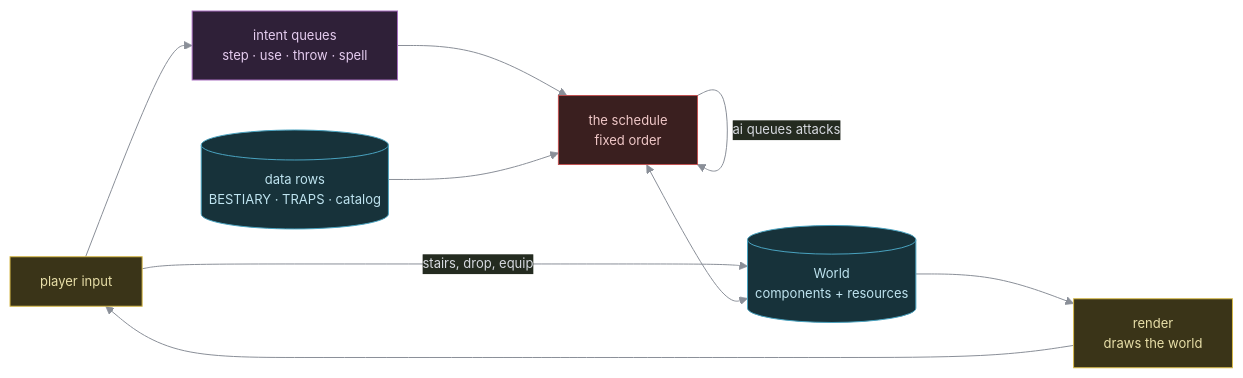
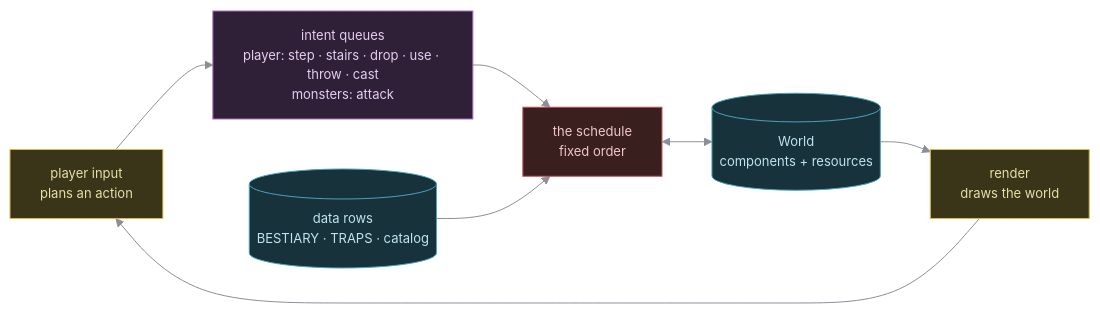
The first of 4 diagrams in scs.md (bae-alves/nihilurk), drawn with Mermaid before and after one commit. The commit also changed other lines of this file and 76 other files, not shown here.

````diff
--- a/scs.md
+++ b/scs.md
@@ -26,20 +26,18 @@
 ```mermaid
 %%{init: {'theme':'base','themeVariables':{
   'primaryColor':'#20242b','primaryTextColor':'#d7dae0',
   'primaryBorderColor':'#5c6370','lineColor':'#8a8f98',
   'fontFamily':'ui-monospace, SFMono-Regular, Menlo, monospace',
   'fontSize':'13px'}}}%%
 flowchart LR
-  IN["player input"]:::hero --> Q["intent queues<br/>step · use · throw · spell"]:::magic
-  IN -->|"stairs, drop, equip"| W
+  IN["player input<br/>plans an action"]:::hero --> Q["intent queues<br/>player: step · stairs · drop · use · throw · cast<br/>monsters: attack"]:::magic
   Q --> SCH["the schedule<br/>fixed order"]:::peril
-  SCH -->|"ai queues attacks"| SCH
   SCH <--> W[("World<br/>components + resources")]:::cold
   T[("data rows<br/>BESTIARY · TRAPS · catalog")]:::cold --> SCH
   W --> R["render<br/>draws the world"]:::hero
   R --> IN
   classDef hero fill:#3a3418,stroke:#d7ba4a,color:#e8dfa8
   classDef peril fill:#3a1f1f,stroke:#c05050,color:#f0c8c8
   classDef magic fill:#2f2038,stroke:#a86fc0,color:#e6cdf0
   classDef cold  fill:#17323a,stroke:#4aa3c0,color:#bfe4f0
 ```
````
